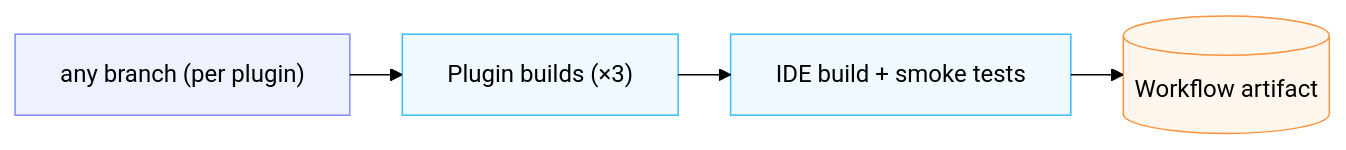
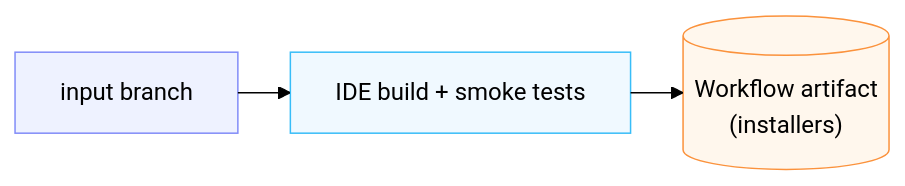
The fourth of 8 diagrams in docs/cicd-pipelines.md (wso2/product-integrator), drawn with Mermaid (forest theme) before and after one commit. The commit also changed other lines of this file, not shown here.

Commit message:
Update CI/CD documentation along with latest workflow changes

````diff
--- a/docs/cicd-pipelines.md
+++ b/docs/cicd-pipelines.md
@@ -38,10 +73,9 @@
 ```mermaid
 %%{init: {"layout": "elk"}}%%
 graph LR
-    B["any branch (per plugin)"]:::trigger --> PL["Plugin builds (×3)"]:::stage
-    PL --> AS["IDE build + smoke tests"]:::stage
-    AS --> IA[("Workflow artifact")]:::artifact
+    B["input branch"]:::trigger --> AS["IDE build + smoke tests"]:::stage
+    AS --> IA[("Workflow artifact<br>(installers)")]:::artifact
     classDef trigger stroke:#818cf8,fill:#eef2ff
     classDef stage stroke:#38bdf8,fill:#f0f9ff
     classDef artifact stroke:#fb923c,fill:#fff7ed
 ```
````
